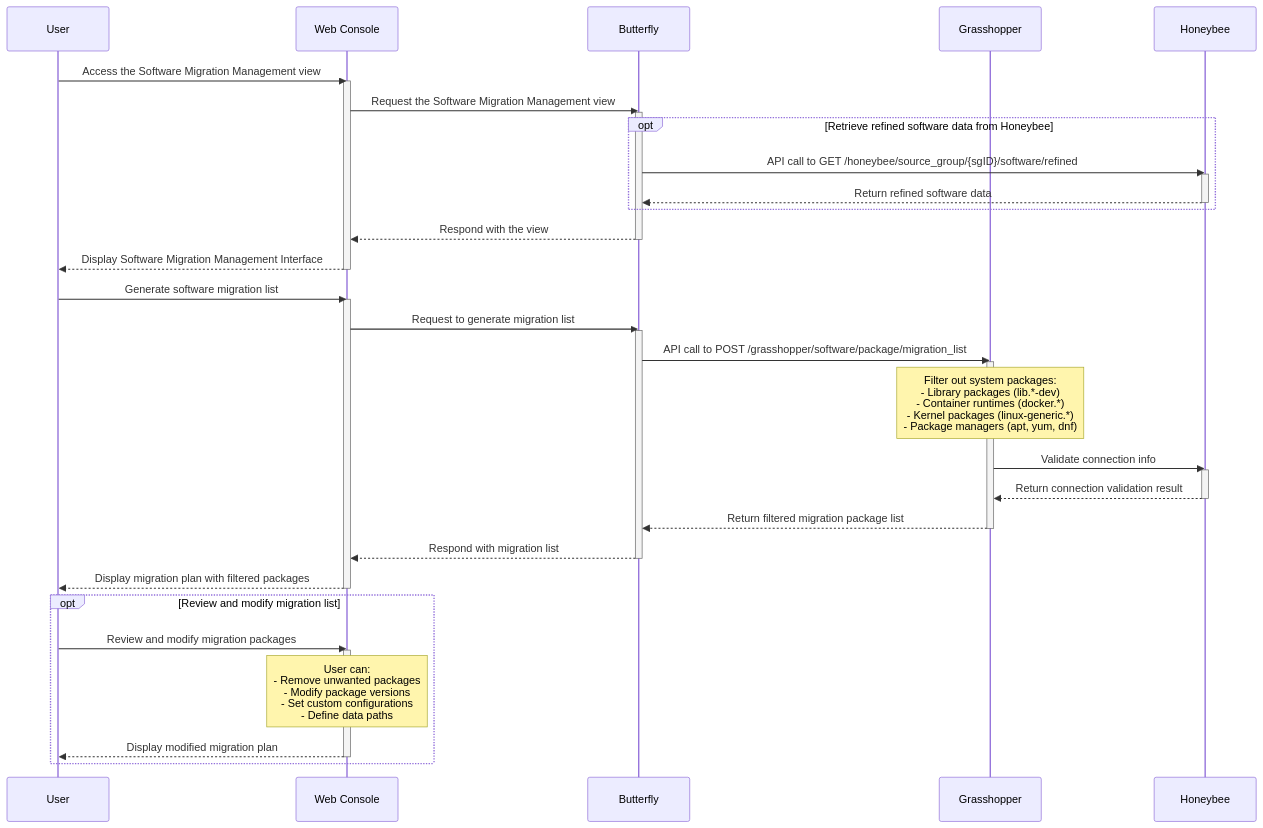
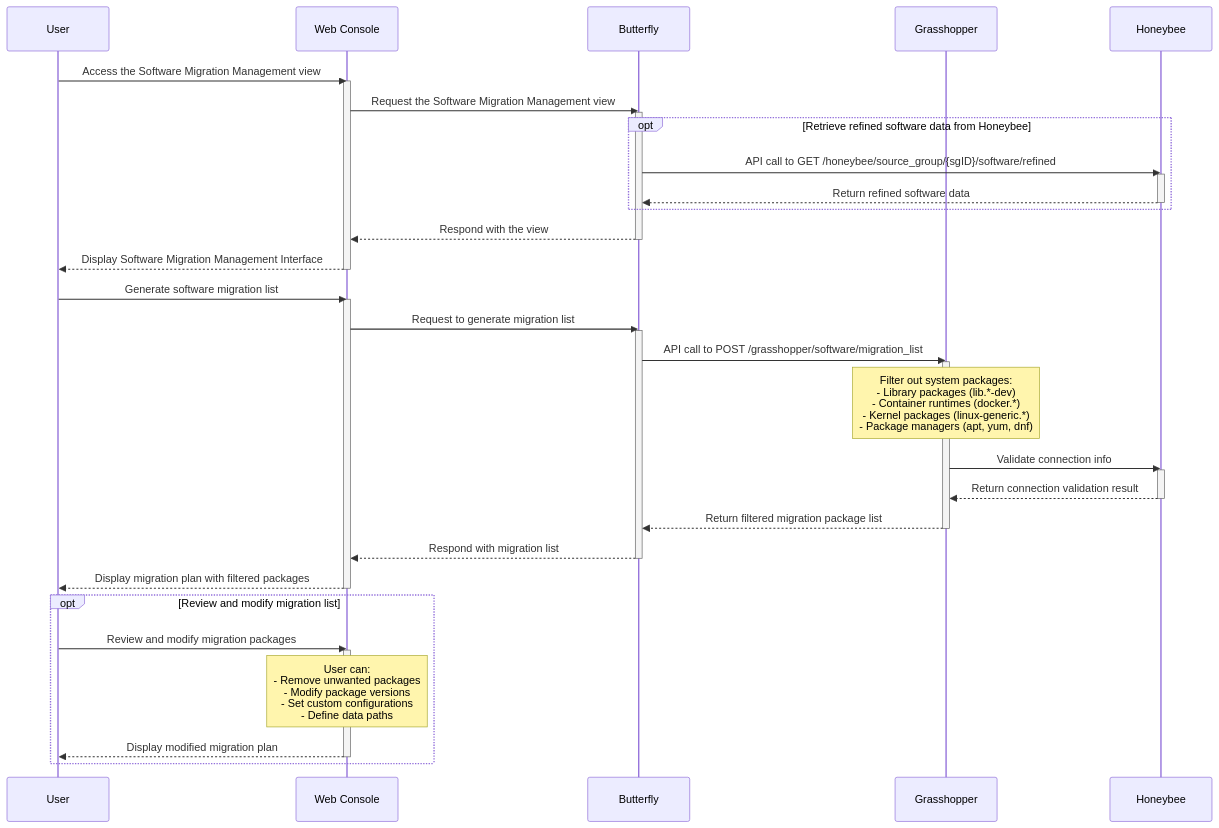
Before and after one commit to cloud-barista/cloud-migrator: the fourth of 6 diagrams in docs/02-user-scenario-for-software-migration.md, drawn with Mermaid. The commit also changed other lines of this file, not shown here.

````diff
--- a/docs/02-user-scenario-for-software-migration.md
+++ b/docs/02-user-scenario-for-software-migration.md
@@ -208,52 +208,52 @@
 ```mermaid
 sequenceDiagram
     participant User as User
     participant Browser as Web Console
     participant Butterfly as Butterfly
     participant Grasshopper as Grasshopper
     participant Honeybee as Honeybee
 
     %% Step 0: User accesses Software Migration Management View
     User->>Browser: Access the Software Migration Management view
     activate Browser
     Browser->>Butterfly: Request the Software Migration Management view
     activate Butterfly
     opt Retrieve refined software data from Honeybee
         Butterfly->>Honeybee: API call to GET /honeybee/source_group/{sgID}/software/refined
         activate Honeybee
         Honeybee-->>Butterfly: Return refined software data
         deactivate Honeybee
     end
     Butterfly-->>Browser: Respond with the view
     deactivate Butterfly
     Browser-->>User: Display Software Migration Management Interface
     deactivate Browser
 
     %% Step 1: Generate Migration List
     User->>Browser: Generate software migration list
     activate Browser
     Browser->>Butterfly: Request to generate migration list
     activate Butterfly
-    Butterfly->>Grasshopper: API call to POST /grasshopper/software/package/migration_list
+    Butterfly->>Grasshopper: API call to POST /grasshopper/software/migration_list
     activate Grasshopper
     Note over Grasshopper: Filter out system packages:<br/>- Library packages (lib.*-dev)<br/>- Container runtimes (docker.*)<br/>- Kernel packages (linux-generic.*)<br/>- Package managers (apt, yum, dnf)
     Grasshopper->>Honeybee: Validate connection info
     activate Honeybee
     Honeybee-->>Grasshopper: Return connection validation result
     deactivate Honeybee
     Grasshopper-->>Butterfly: Return filtered migration package list
     deactivate Grasshopper
     Butterfly-->>Browser: Respond with migration list
     deactivate Butterfly
     Browser-->>User: Display migration plan with filtered packages
     deactivate Browser
 
     %% Step 2: Review and Modify Migration List
     opt Review and modify migration list
         User->>Browser: Review and modify migration packages
         activate Browser
         Note over Browser: User can:<br/>- Remove unwanted packages<br/>- Modify package versions<br/>- Set custom configurations<br/>- Define data paths
         Browser-->>User: Display modified migration plan
         deactivate Browser
     end
 ```
````
